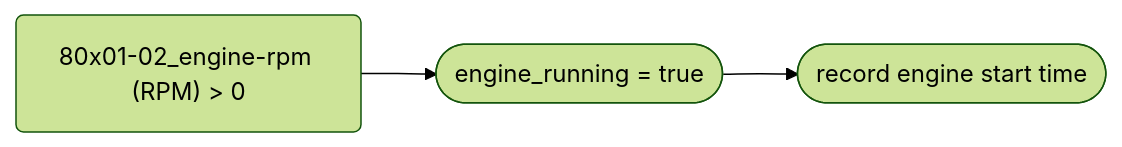
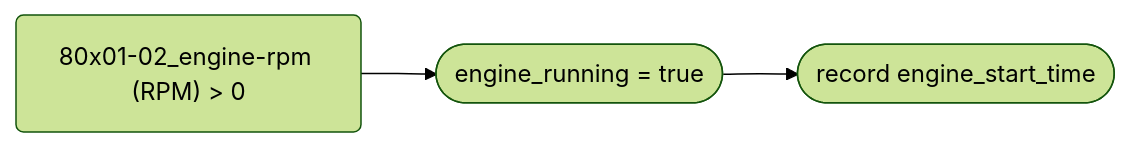
One commit to andrewdjackson/rosco changed the third of 23 diagrams in README.md. Above: the diagram before and after it, drawn with Mermaid (forest theme). The commit also changed other lines of this file, not shown here.

````diff
--- a/README.md
+++ b/README.md
@@ -51,5 +51,5 @@
 ```mermaid
 flowchart LR
 Engine("80x01-02_engine-rpm (RPM) > 0") --> EngineRunning(["engine_running = true"])
-EngineRunning --> EngineStartTime(["record engine start time"])
+EngineRunning --> EngineStartTime(["record engine_start_time"])
 ```
````
